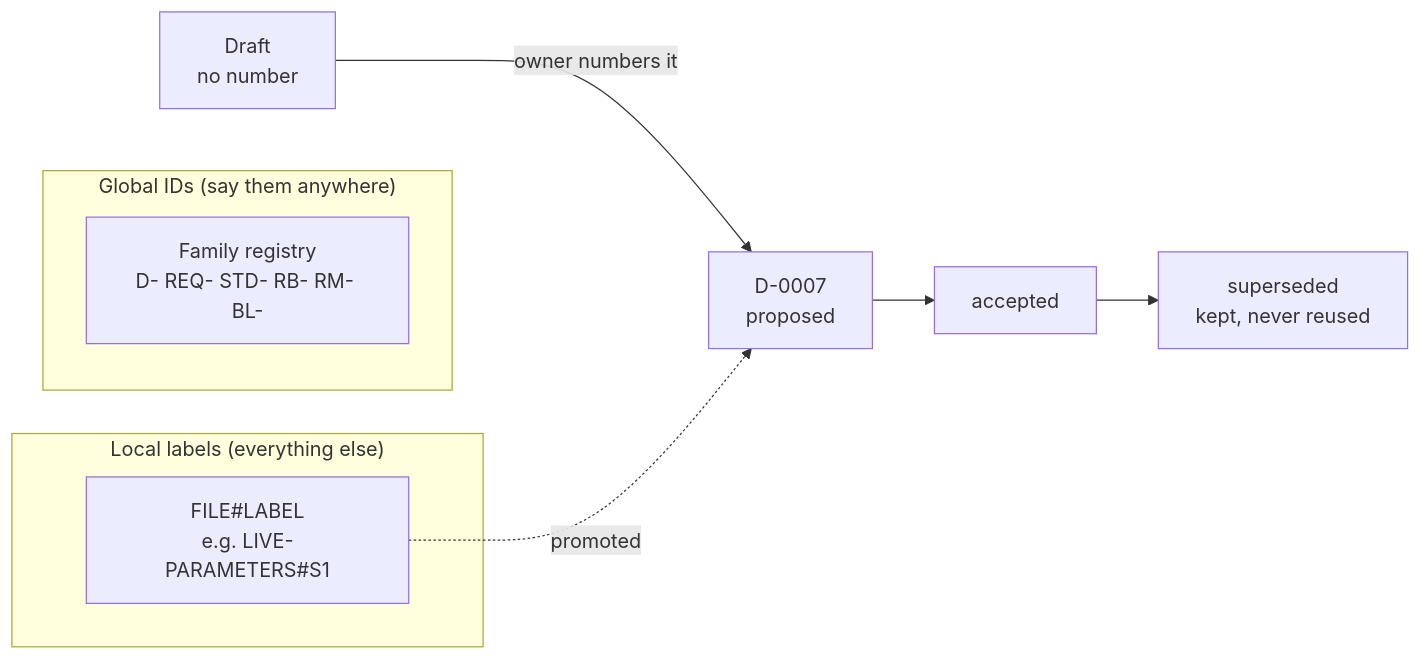
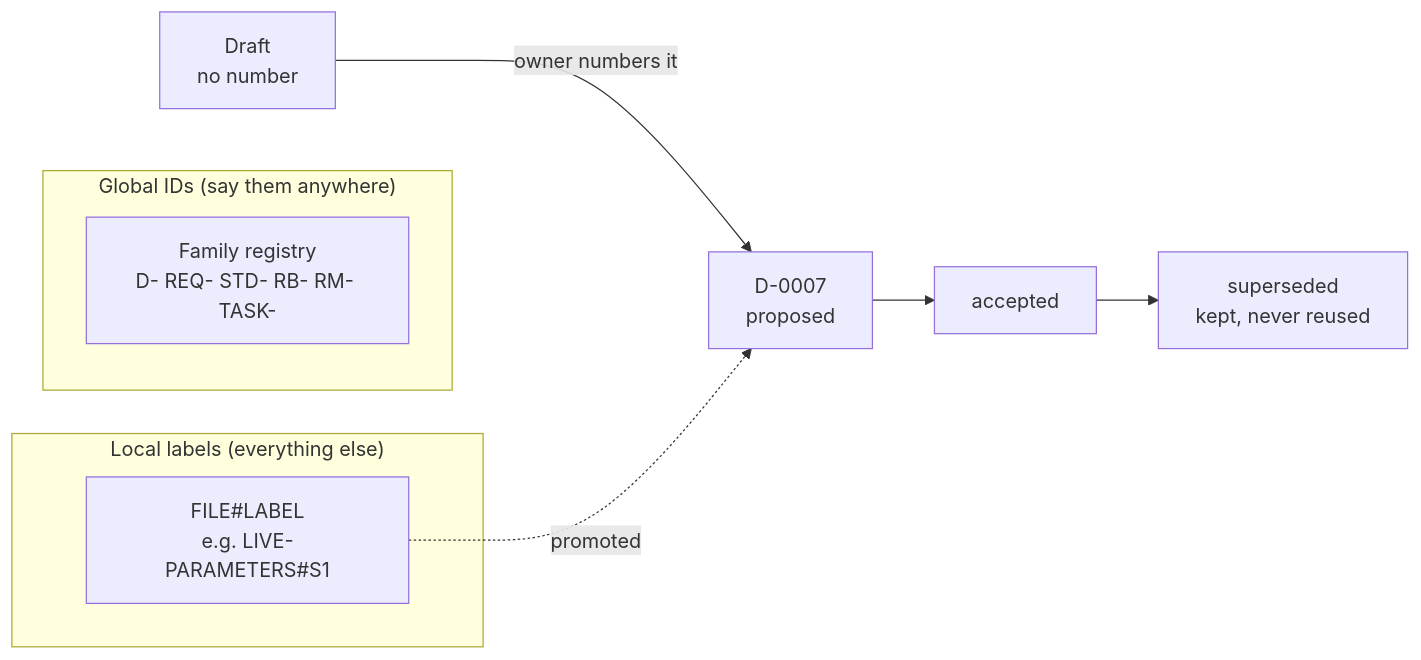
Before and after one commit to jonhill90/central-hub: the diagram in docs/decisions/0003-use-registered-id-families-and-file-qualified-labels.md, drawn with Mermaid. The commit also changed other lines of this file and 4 other files, not shown here.

````diff
--- a/docs/decisions/0003-use-registered-id-families-and-file-qualified-labels.md
+++ b/docs/decisions/0003-use-registered-id-families-and-file-qualified-labels.md
@@ -62,12 +62,12 @@
 ```mermaid
 flowchart LR
   subgraph G["Global IDs (say them anywhere)"]
-    R["Family registry<br/>D- REQ- STD- RB- RM- BL-"]
+    R["Family registry<br/>D- REQ- STD- RB- RM- TASK-"]
   end
   subgraph L["Local labels (everything else)"]
     F["FILE#LABEL<br/>e.g. LIVE-PARAMETERS#S1"]
   end
   D1["Draft<br/>no number"] -->|owner numbers it| N["D-0007<br/>proposed"]
   N --> A["accepted"] --> S["superseded<br/>kept, never reused"]
   F -. promoted .-> N
 ```
````
